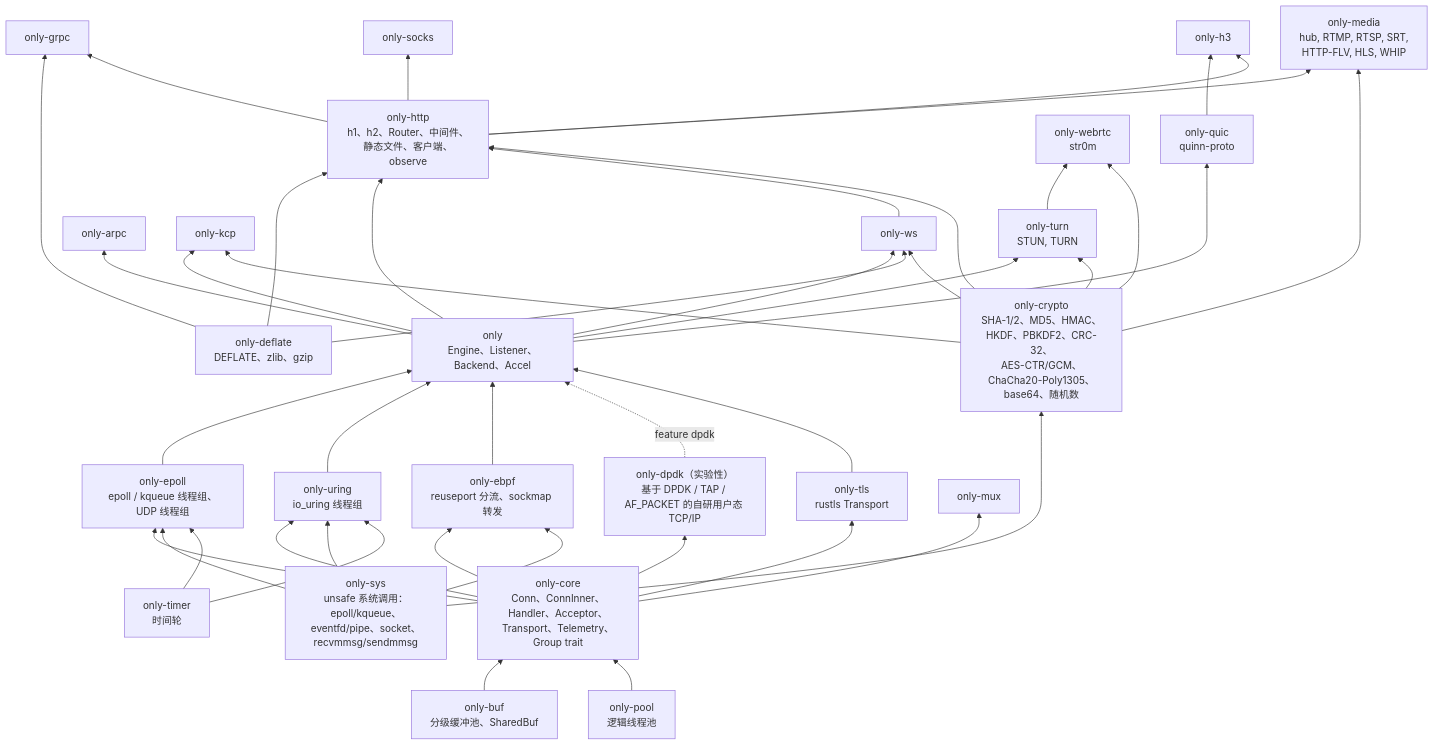
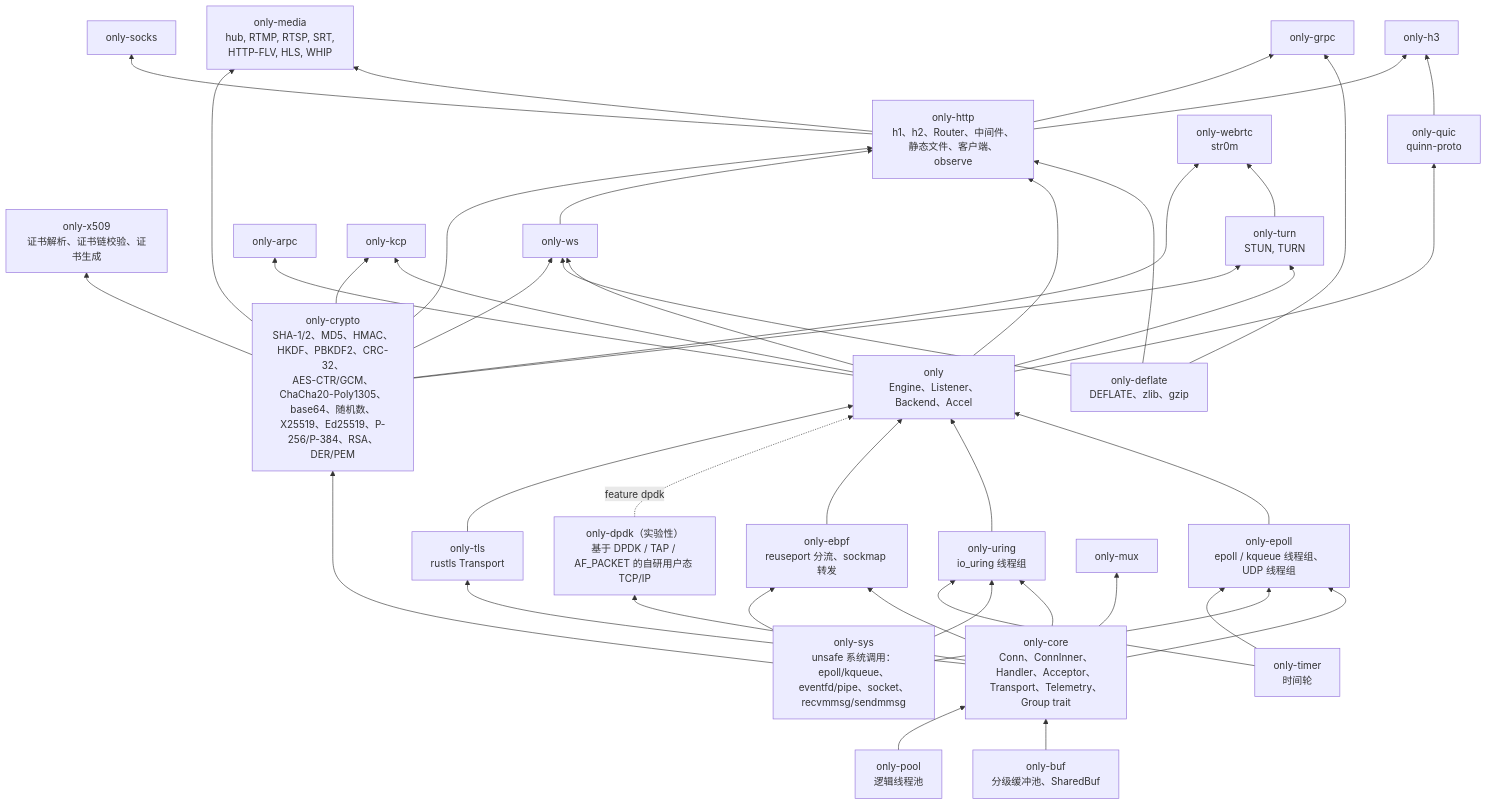
The first of 6 diagrams in docs/architecture.zh-CN.md (lesismal/akio), drawn with Mermaid before and after one commit. The commit also changed other lines of this file and 143 other files, not shown here.

First line of the commit message:
feat(only-crypto, only-x509): public-key crypto, DER/PEM, X.509 (DEV-PLAN wave B)

````diff
--- a/docs/architecture.zh-CN.md
+++ b/docs/architecture.zh-CN.md
@@ -12,70 +12,72 @@
 ```mermaid
 flowchart BT
     sys["only-sys<br/>unsafe 系统调用：epoll/kqueue、<br/>eventfd/pipe、socket、recvmmsg/sendmmsg"]
-    crypto["only-crypto<br/>SHA-1/2、MD5、HMAC、HKDF、PBKDF2、CRC-32、<br/>AES-CTR/GCM、ChaCha20-Poly1305、base64、随机数"]
+    crypto["only-crypto<br/>SHA-1/2、MD5、HMAC、HKDF、PBKDF2、CRC-32、<br/>AES-CTR/GCM、ChaCha20-Poly1305、base64、随机数、<br/>X25519、Ed25519、P-256/P-384、RSA、DER/PEM"]
+    x509["only-x509<br/>证书解析、证书链校验、证书生成"]
     buf["only-buf<br/>分级缓冲池、SharedBuf"]
     timer["only-timer<br/>时间轮"]
     deflate["only-deflate<br/>DEFLATE、zlib、gzip"]
     pool["only-pool<br/>逻辑线程池"]
     core["only-core<br/>Conn、ConnInner、Handler、Acceptor、<br/>Transport、Telemetry、Group trait"]
     epoll["only-epoll<br/>epoll / kqueue 线程组、UDP 线程组"]
     uring["only-uring<br/>io_uring 线程组"]
     ebpf["only-ebpf<br/>reuseport 分流、sockmap 转发"]
     dpdk["only-dpdk（实验性）<br/>基于 DPDK / TAP / AF_PACKET 的自研用户态 TCP/IP"]
     tls["only-tls<br/>rustls Transport"]
     facade["only<br/>Engine、Listener、Backend、Accel"]
     http["only-http<br/>h1、h2、Router、中间件、<br/>静态文件、客户端、observe"]
     ws[only-ws]
     grpc[only-grpc]
     arpc[only-arpc]
     socks[only-socks]
     mux[only-mux]
     quic["only-quic<br/>quinn-proto"]
     h3[only-h3]
     kcp[only-kcp]
     turn["only-turn<br/>STUN, TURN"]
     webrtc["only-webrtc<br/>str0m"]
     media["only-media<br/>hub, RTMP, RTSP, SRT,<br/>HTTP-FLV, HLS, WHIP"]
 
     buf --> core
     pool --> core
     core --> epoll
     sys --> epoll
     timer --> epoll
     core --> uring
     sys --> uring
     timer --> uring
     core --> ebpf
     core --> dpdk
     sys --> ebpf
     core --> tls
     epoll --> facade
     uring --> facade
     ebpf --> facade
     dpdk -.->|feature dpdk| facade
     tls --> facade
     facade --> ws
     deflate --> ws
     deflate --> http
     deflate --> grpc
     facade --> http
     ws --> http
     http --> grpc
     facade --> arpc
     http --> socks
     core --> mux
     facade --> quic
     quic --> h3
     http --> h3
     facade --> kcp
     facade --> turn
     turn --> webrtc
     http --> media
     sys --> crypto
+    crypto --> x509
     crypto --> ws
     crypto --> http
     crypto --> kcp
     crypto --> turn
     crypto --> webrtc
     crypto --> media
 ```
````
